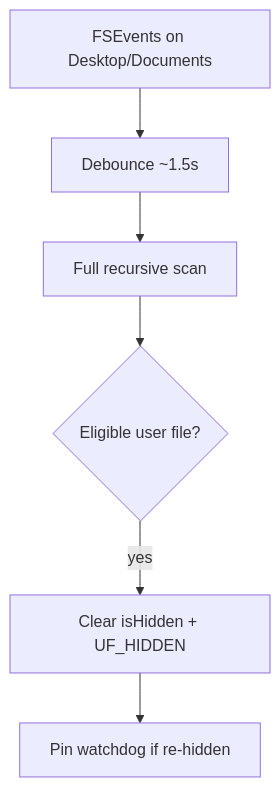
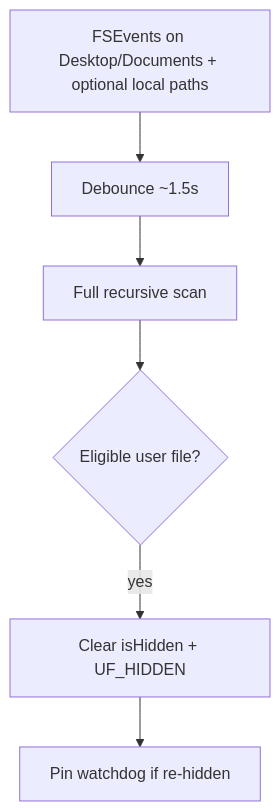
Before and after one commit to roto31/Resurrect: the second of 3 diagrams in docs/architecture.md, drawn with Mermaid. The commit also changed other lines of this file and 9 other files, not shown here.

Commit message:
docs: local hidden file assist guides and flow diagrams (v1.3.0).

````diff
--- a/docs/architecture.md
+++ b/docs/architecture.md
@@ -46,12 +50,12 @@
 ```mermaid
 flowchart TD
-  FSEvents[FSEvents on Desktop/Documents]
+  FSEvents[FSEvents on Desktop/Documents + optional local paths]
   Debounce[Debounce ~1.5s]
   Scan[Full recursive scan]
   Eligible{Eligible user file?}
   Clear[Clear isHidden + UF_HIDDEN]
   Pin[Pin watchdog if re-hidden]
   FSEvents --> Debounce --> Scan --> Eligible
   Eligible -->|yes| Clear
   Clear --> Pin
 ```
````
